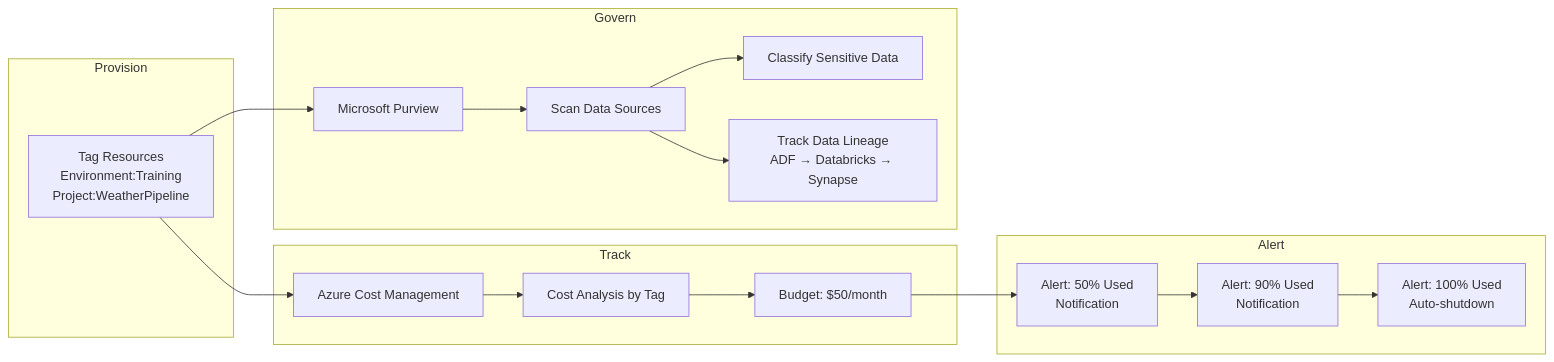
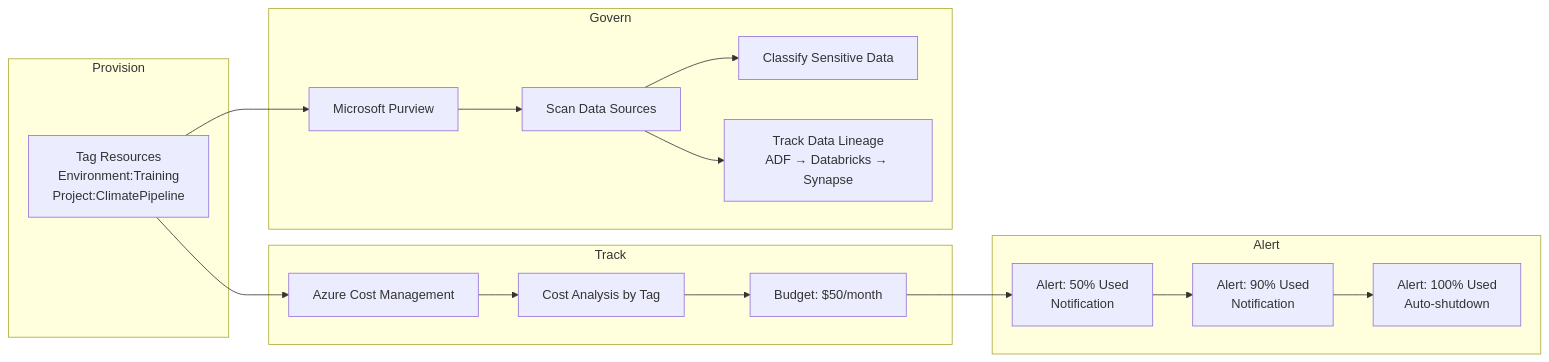
Diagram 14 of 14 in outputs/azure-data-engineering/04-azure-data-engineering-visuals.md (jgvillanuevastratpoint/research-learning-hub-template), drawn with Mermaid before and after one commit. The commit also changed 4 other files, not shown here.

````diff
--- a/outputs/azure-data-engineering/04-azure-data-engineering-visuals.md
+++ b/outputs/azure-data-engineering/04-azure-data-engineering-visuals.md
@@ -619,36 +619,36 @@
 ```mermaid
 graph LR
     subgraph "Provision"
-        TAG["Tag Resources<br/>Environment:Training<br/>Project:WeatherPipeline"]
+        TAG["Tag Resources<br/>Environment:Training<br/>Project:ClimatePipeline"]
     end
 
     subgraph "Track"
         CM["Azure Cost Management"]
         ANALYZE["Cost Analysis by Tag"]
         BUDGET["Budget: $50/month"]
     end
 
     subgraph "Alert"
         A50["Alert: 50% Used<br/>Notification"]
         A90["Alert: 90% Used<br/>Notification"]
         A100["Alert: 100% Used<br/>Auto-shutdown"]
     end
 
     subgraph "Govern"
         PURVIEW["Microsoft Purview"]
         SCAN["Scan Data Sources"]
         CLASSIFY["Classify Sensitive Data"]
         LINEAGE["Track Data Lineage<br/>ADF → Databricks → Synapse"]
     end
 
     TAG --> CM
     CM --> ANALYZE
     ANALYZE --> BUDGET
     BUDGET --> A50
     A50 --> A90
     A90 --> A100
     TAG --> PURVIEW
     PURVIEW --> SCAN
     SCAN --> CLASSIFY
     SCAN --> LINEAGE
 ```
````
